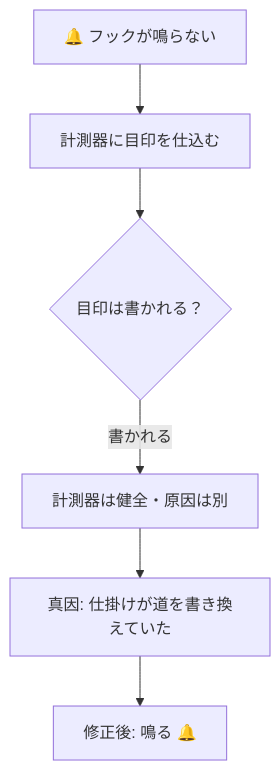
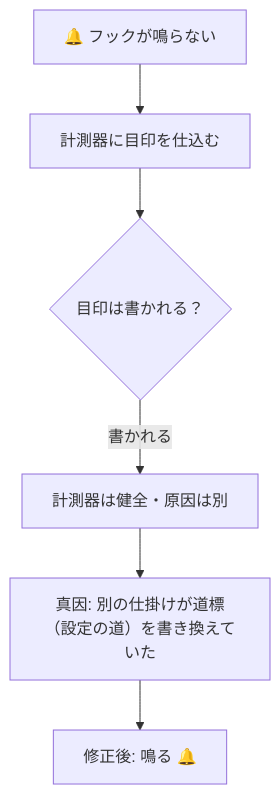
One commit to fukukei23/cc-stories-guide changed the diagram in source/002_防災フックが鳴らなかった話.md. Above: the diagram before and after it, drawn with Mermaid. The commit also changed 20 other files, not shown here.

Commit message:
fix: MLR採用6件(話数抽出H1優先で重複・ゼロ埋めバッジ修正/CSS fallback/010縦図/012 subgraph/013ラベル具体化)

````diff
--- a/source/002_防災フックが鳴らなかった話.md
+++ b/source/002_防災フックが鳴らなかった話.md
@@ -13,8 +13,8 @@
 ```mermaid
 flowchart TB
     A["🔔 フックが鳴らない"] --> B["計測器に目印を仕込む"]
     B --> C{"目印は書かれる？"}
     C -->|"書かれる"| D["計測器は健全・原因は別"]
-    D --> E["真因: 仕掛けが道を書き換えていた"]
+    D --> E["真因: 別の仕掛けが道標（設定の道）を書き換えていた"]
     E --> F["修正後: 鳴る 🔔"]
 ```
````
